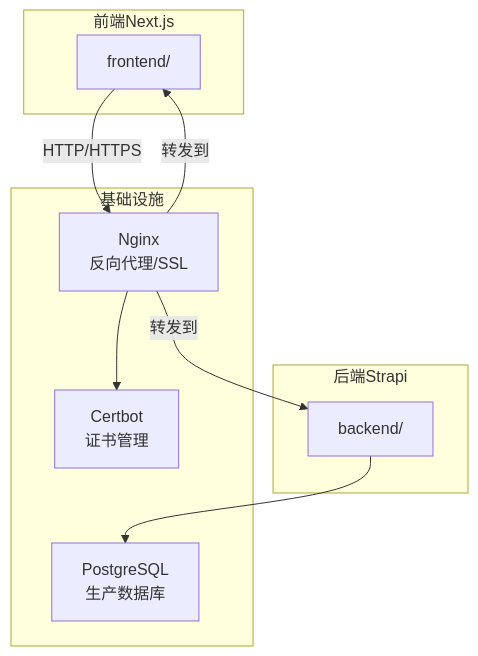
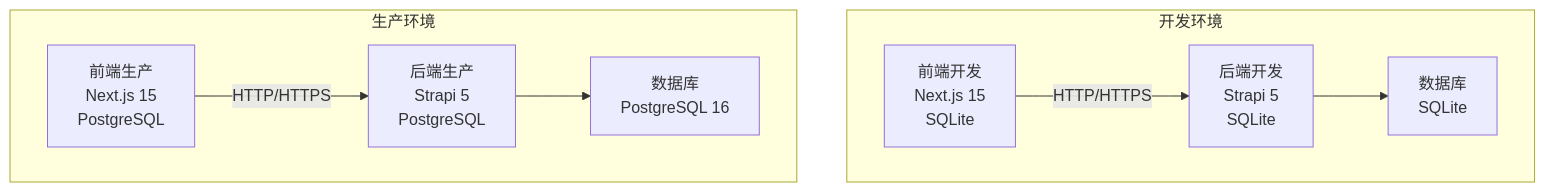
Before and after one commit to Will0253/zczk: the first of 3 diagrams in .qoder/repowiki/zh/content/部署和运维/部署和运维.md, drawn with Mermaid. The commit also changed other lines of this file and 13 other files, not shown here.

````diff
--- a/.qoder/repowiki/zh/content/部署和运维/部署和运维.md
+++ b/.qoder/repowiki/zh/content/部署和运维/部署和运维.md
@@ -38,19 +43,17 @@
 ```mermaid
 graph TB
-subgraph "前端Next.js"
-FE["frontend/"]
+subgraph "开发环境"
+FE_DEV["前端开发<br/>Next.js 15<br/>SQLite"]
+BE_DEV["后端开发<br/>Strapi 5<br/>SQLite"]
+DB_DEV["数据库<br/>SQLite"]
 end
-subgraph "后端Strapi"
-BE["backend/"]
+subgraph "生产环境"
+FE_PROD["前端生产<br/>Next.js 15<br/>PostgreSQL"]
+BE_PROD["后端生产<br/>Strapi 5<br/>PostgreSQL"]
+DB_PROD["数据库<br/>PostgreSQL 16"]
 end
-subgraph "基础设施"
-NGINX["Nginx<br/>反向代理/SSL"]
-PG["PostgreSQL<br/>生产数据库"]
-CERT["Certbot<br/>证书管理"]
-end
-FE --> |"HTTP/HTTPS"| NGINX
-NGINX --> |"转发到"| FE
-NGINX --> |"转发到"| BE
-BE --> PG
-NGINX --> CERT
+FE_DEV --> |"HTTP/HTTPS"| BE_DEV
+BE_DEV --> DB_DEV
+FE_PROD --> |"HTTP/HTTPS"| BE_PROD
+BE_PROD --> DB_PROD
 ```
````
